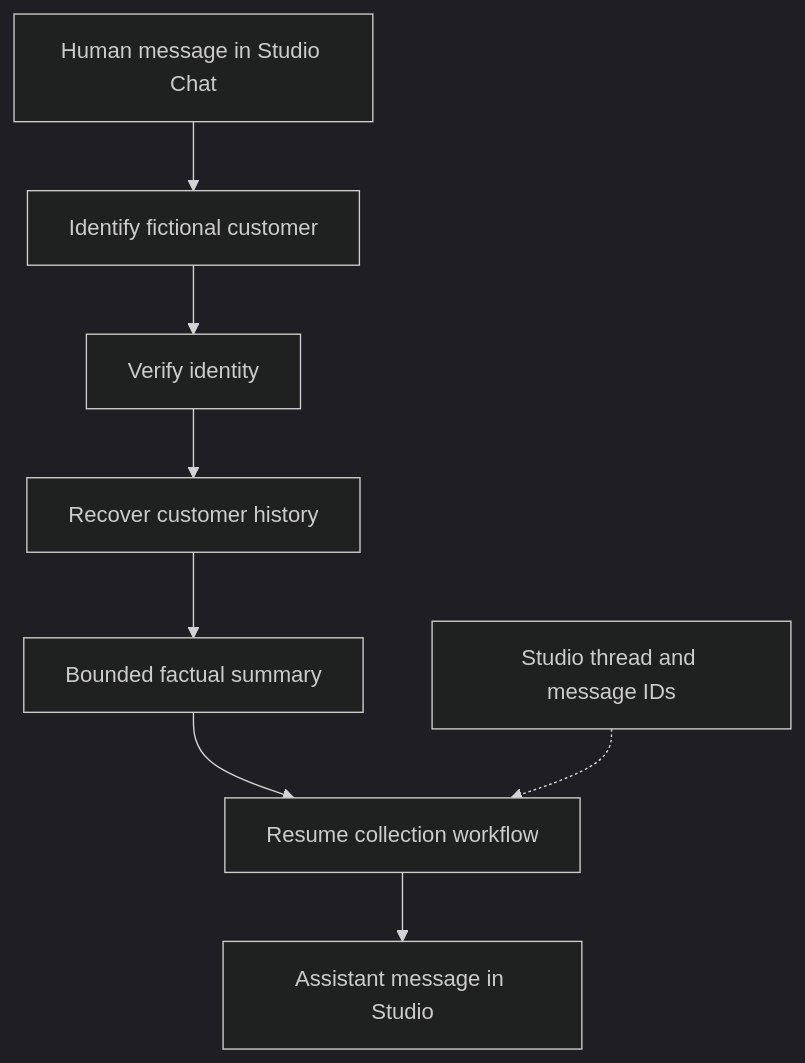
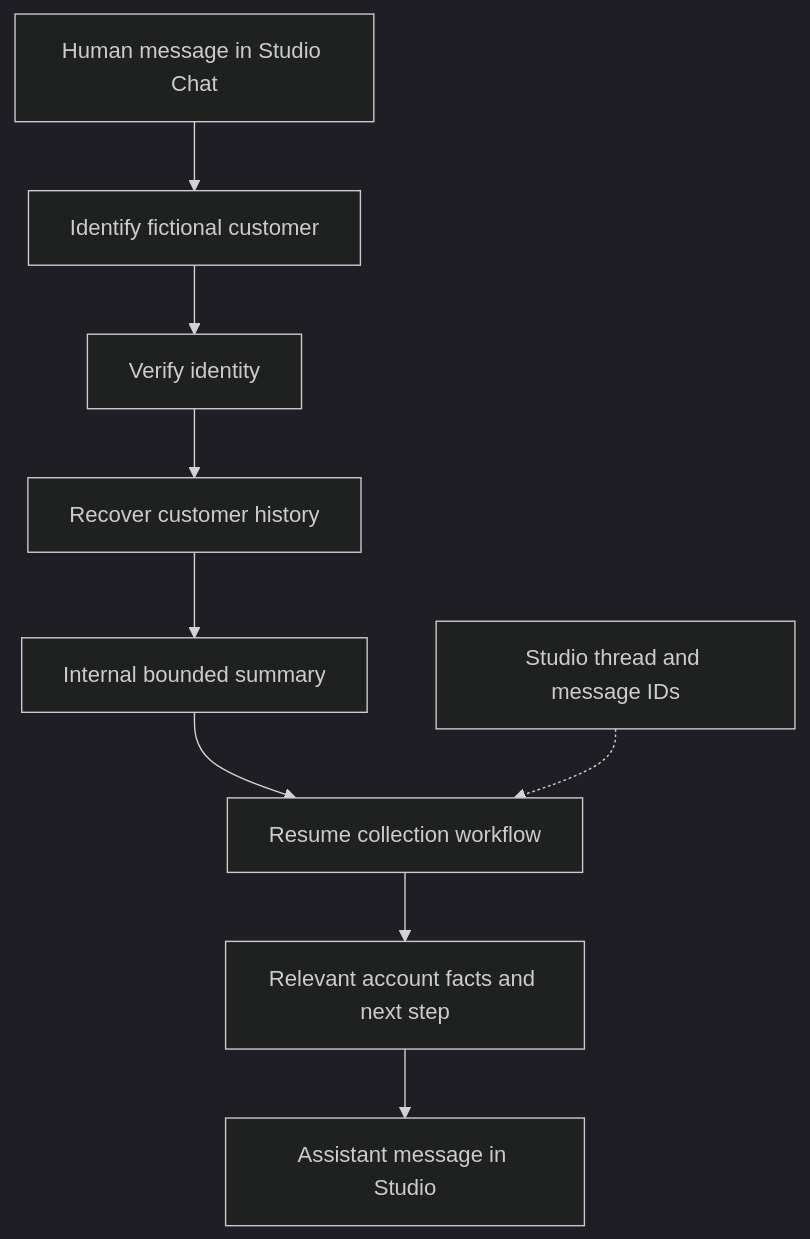
One commit to sergiomorapardo/AgenticDebtCollection changed the fourth of 4 diagrams in README.md. Above: the diagram before and after it, drawn with Mermaid (dark theme). The commit also changed other lines of this file and 1 other file, not shown here.

Commit message:
docs: distinguish internal memory from customer replies

````diff
--- a/README.md
+++ b/README.md
@@ -134,10 +134,11 @@
 ```mermaid
 flowchart TD
     H[Human message in Studio Chat] --> I[Identify fictional customer]
     I --> V[Verify identity]
     V --> M[Recover customer history]
-    M --> S[Bounded factual summary]
+    M --> S[Internal bounded summary]
     S --> G[Resume collection workflow]
-    G --> A[Assistant message in Studio]
+    G --> F[Relevant account facts and next step]
+    F --> A[Assistant message in Studio]
     T[Studio thread and message IDs] -.-> G
 ```
````
